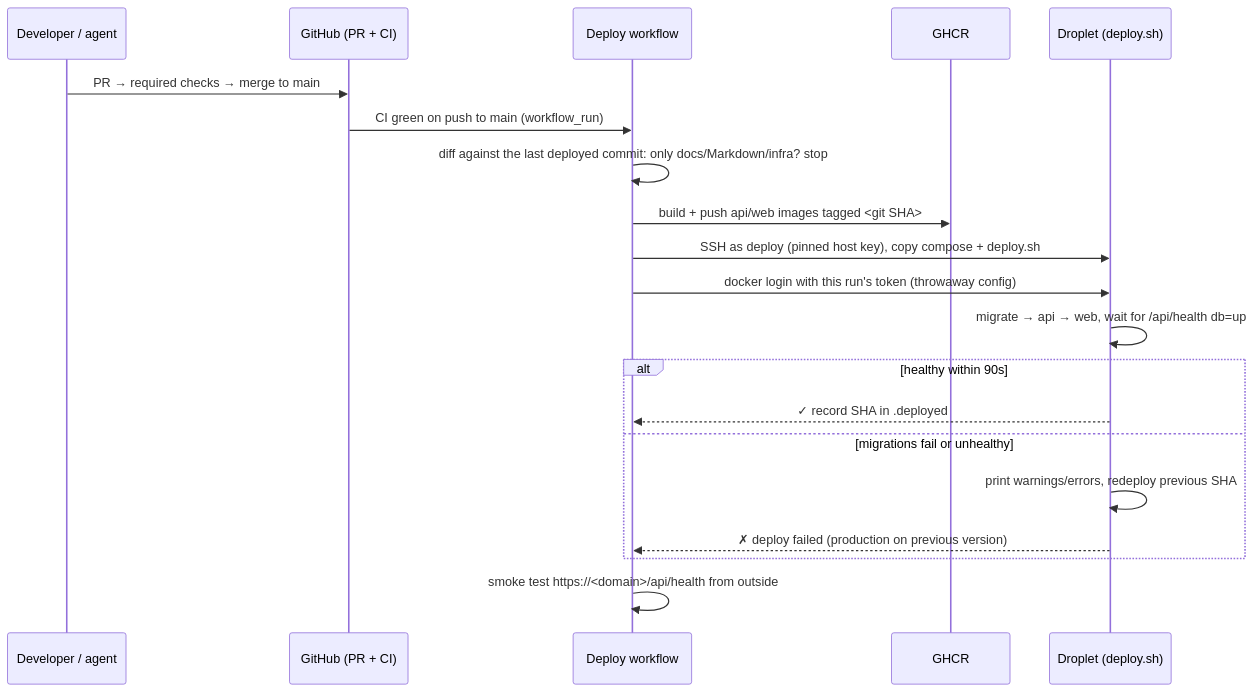
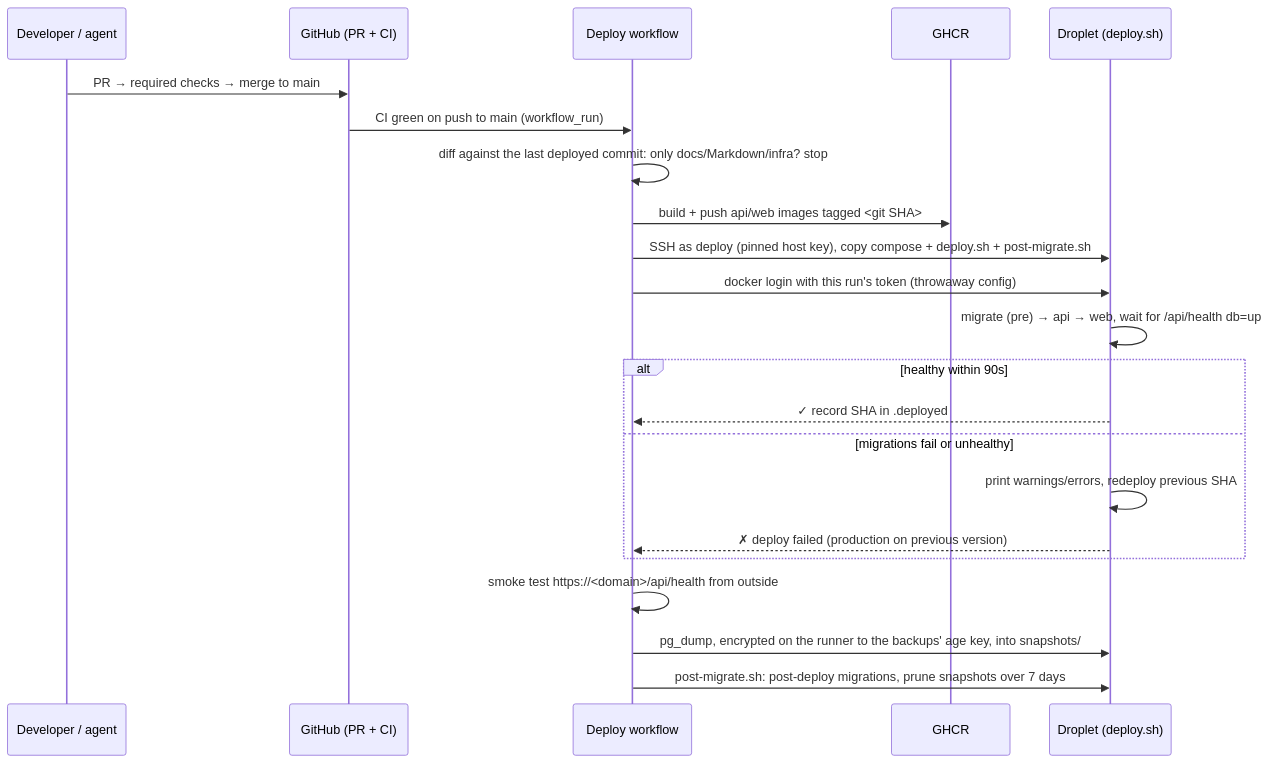
Before and after one commit to brianpatterson/roundtable: the seventh of 8 diagrams in docs/architecture.md, drawn with Mermaid. The commit also changed other lines of this file and 6 other files, not shown here.

First line of the commit message:
feat: wire post-deploy migrations into CI and the deploy (ADR-0073) (#276)

````diff
--- a/docs/architecture.md
+++ b/docs/architecture.md
@@ -775,22 +779,24 @@
 ```mermaid
 sequenceDiagram
   participant Dev as Developer / agent
   participant GH as GitHub (PR + CI)
   participant D as Deploy workflow
   participant R as GHCR
   participant S as Droplet (deploy.sh)
   Dev->>GH: PR → required checks → merge to main
   GH->>D: CI green on push to main (workflow_run)
   D->>D: diff against the last deployed commit: only docs/Markdown/infra? stop
   D->>R: build + push api/web images tagged <git SHA>
-  D->>S: SSH as deploy (pinned host key), copy compose + deploy.sh
+  D->>S: SSH as deploy (pinned host key), copy compose + deploy.sh + post-migrate.sh
   D->>S: docker login with this run's token (throwaway config)
-  S->>S: migrate → api → web, wait for /api/health db=up
+  S->>S: migrate (pre) → api → web, wait for /api/health db=up
   alt healthy within 90s
     S-->>D: ✓ record SHA in .deployed
   else migrations fail or unhealthy
     S->>S: print warnings/errors, redeploy previous SHA
     S-->>D: ✗ deploy failed (production on previous version)
   end
   D->>D: smoke test https://<domain>/api/health from outside
+  D->>S: pg_dump, encrypted on the runner to the backups' age key, into snapshots/
+  D->>S: post-migrate.sh: post-deploy migrations, prune snapshots over 7 days
 ```
````
